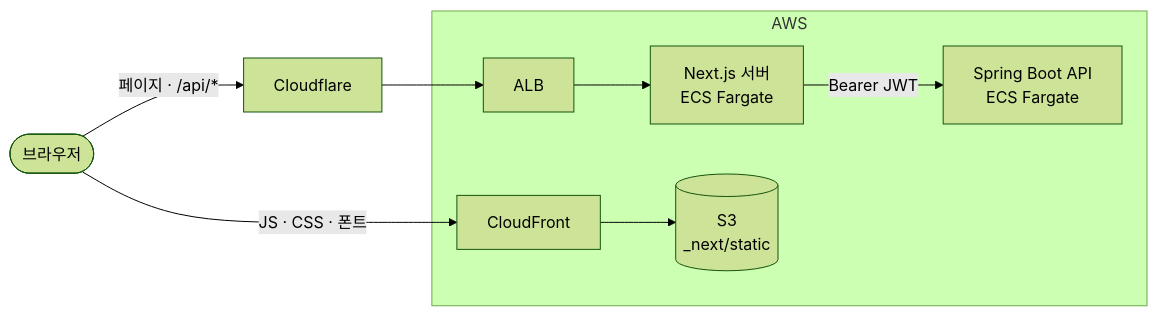
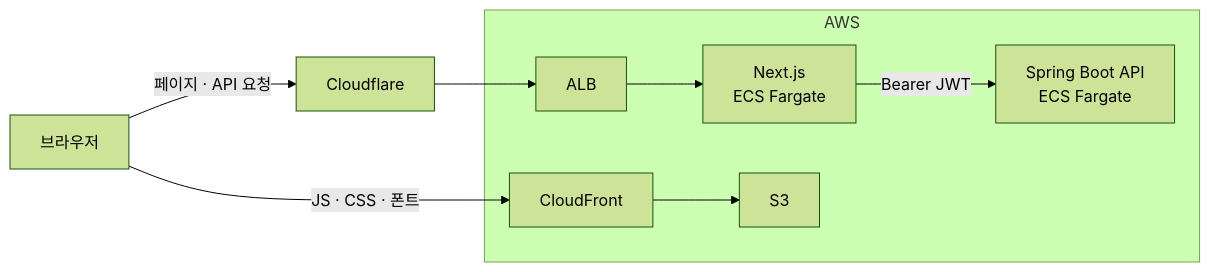
The diagram in README.md (byunggwan-kim0918/shg-trip-front), drawn with Mermaid (forest theme) before and after one commit. The commit also changed other lines of this file, not shown here.

````diff
--- a/README.md
+++ b/README.md
@@ -40,11 +40,13 @@
 ```mermaid
 flowchart LR
-    U([브라우저]) -- "페이지 · /api/*" --> CFL[Cloudflare]
+    U["브라우저"] -- "페이지 · API 요청" --> CF["Cloudflare"]
+
     subgraph AWS
-        ALB[ALB] --> WEB["Next.js 서버<br/>ECS Fargate"]
+        ALB["ALB"] --> WEB["Next.js<br/>ECS Fargate"]
         WEB -- "Bearer JWT" --> API["Spring Boot API<br/>ECS Fargate"]
-        CDN[CloudFront] --> S3[("S3<br/>_next/static")]
+        CDN["CloudFront"] --> S3["S3"]
     end
-    CFL --> ALB
+
+    CF --> ALB
     U -- "JS · CSS · 폰트" --> CDN
 ```
````
